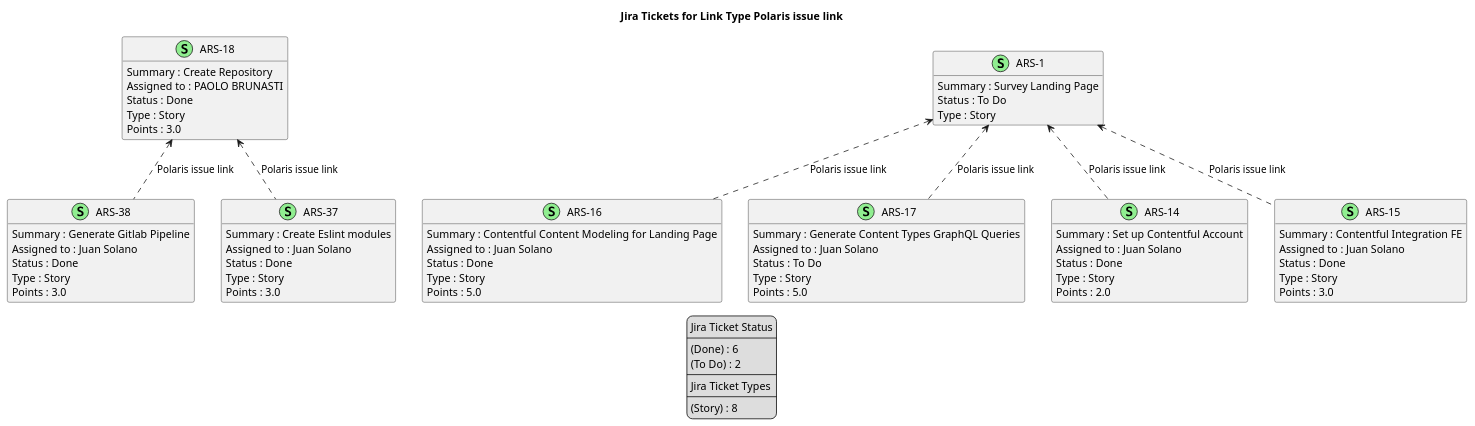
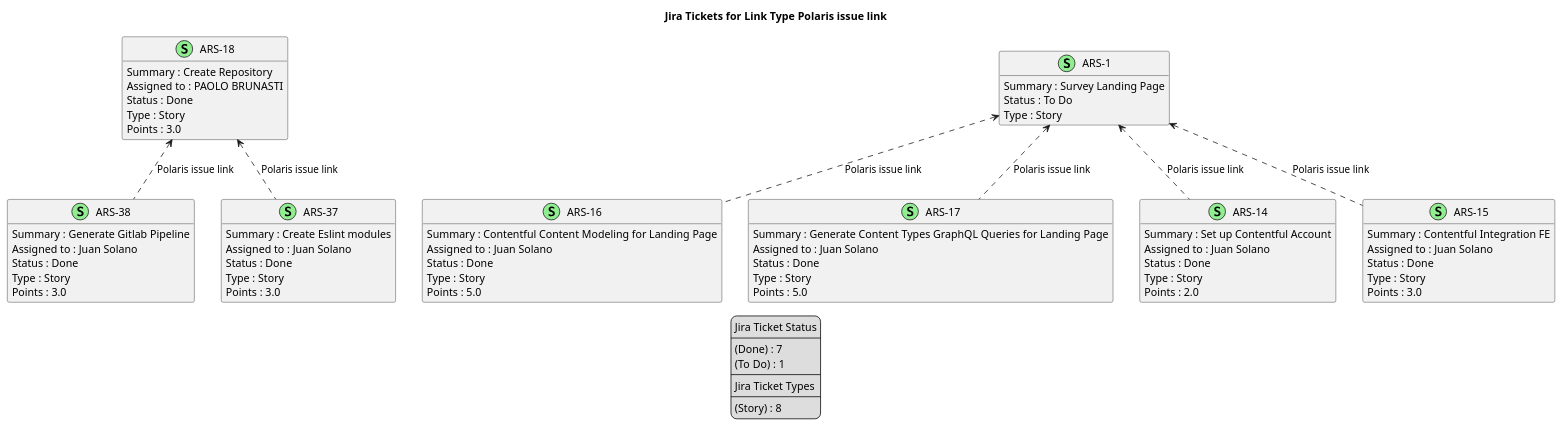
Before and after one commit to brunasti/jiraplotter: the diagram in docs/nexus/jira-LinkType-Polaris_issue_link.puml, drawn with PlantUML. The commit also changed 19 other files, not shown here.

```diff
--- a/docs/nexus/jira-LinkType-Polaris_issue_link.puml
+++ b/docs/nexus/jira-LinkType-Polaris_issue_link.puml
@@ -1,102 +1,102 @@
 @startuml
 'https://plantuml.com/class-diagram
 
 ' GENERATE CLASS DIAGRAM ===========
-' Generated at    : Tue May 14 12:25:21 CEST 2024
+' Generated at    : Tue May 14 15:35:46 CEST 2024
 
 title Jira Tickets for Link Type Polaris issue link
 hide empty members
 
 legend
 Jira Ticket Status
 ----
-(Done) : 6
-(To Do) : 2
+(Done) : 7
+(To Do) : 1
 ----
 Jira Ticket Types
 ----
 (Story) : 8
 end legend
 
 
 ' Tickets =======
 class "ARS-38" << (S,lightgreen) >> {
   Summary : Generate Gitlab Pipeline
   Assigned to : Juan Solano
   Status : Done
   Type : Story
   Points : 3.0
 }
 
 class "ARS-16" << (S,lightgreen) >> {
   Summary : Contentful Content Modeling for Landing Page
   Assigned to : Juan Solano
   Status : Done
   Type : Story
   Points : 5.0
 }
 
 class "ARS-17" << (S,lightgreen) >> {
-  Summary : Generate Content Types GraphQL Queries
+  Summary : Generate Content Types GraphQL Queries for Landing Page
   Assigned to : Juan Solano
-  Status : To Do
+  Status : Done
   Type : Story
   Points : 5.0
 }
 
 class "ARS-18" << (S,lightgreen) >> {
   Summary : Create Repository
   Assigned to : PAOLO BRUNASTI
   Status : Done
   Type : Story
   Points : 3.0
 }
 
 class "ARS-14" << (S,lightgreen) >> {
   Summary : Set up Contentful Account
   Assigned to : Juan Solano
   Status : Done
   Type : Story
   Points : 2.0
 }
 
 class "ARS-37" << (S,lightgreen) >> {
   Summary : Create Eslint modules
   Assigned to : Juan Solano
   Status : Done
   Type : Story
   Points : 3.0
 }
 
 class "ARS-15" << (S,lightgreen) >> {
   Summary : Contentful Integration FE
   Assigned to : Juan Solano
   Status : Done
   Type : Story
   Points : 3.0
 }
 
 class "ARS-1" << (S,lightgreen) >> {
   Summary : Survey Landing Page
   Status : To Do
   Type : Story
 }
 
 
 
 ' Links =======
 "ARS-18" <.. "ARS-37" : Polaris issue link
 
 "ARS-18" <.. "ARS-38" : Polaris issue link
 
 "ARS-1" <.. "ARS-14" : Polaris issue link
 
 "ARS-1" <.. "ARS-15" : Polaris issue link
 
 "ARS-1" <.. "ARS-16" : Polaris issue link
 
 "ARS-1" <.. "ARS-17" : Polaris issue link
 
 
 
 @enduml
```
